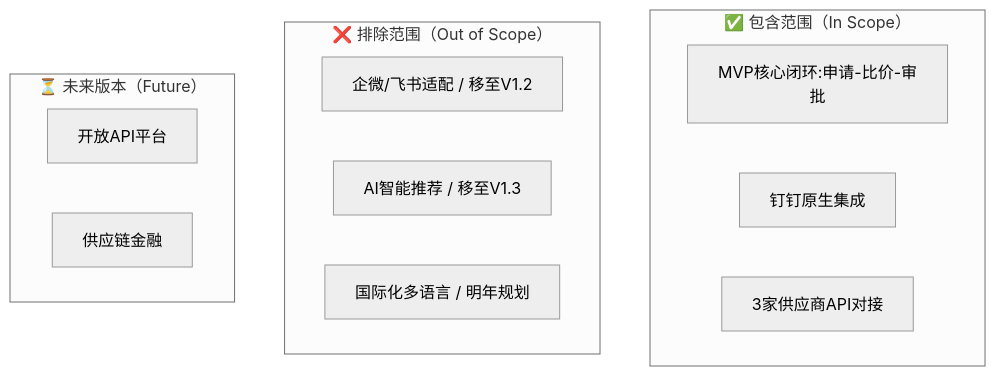
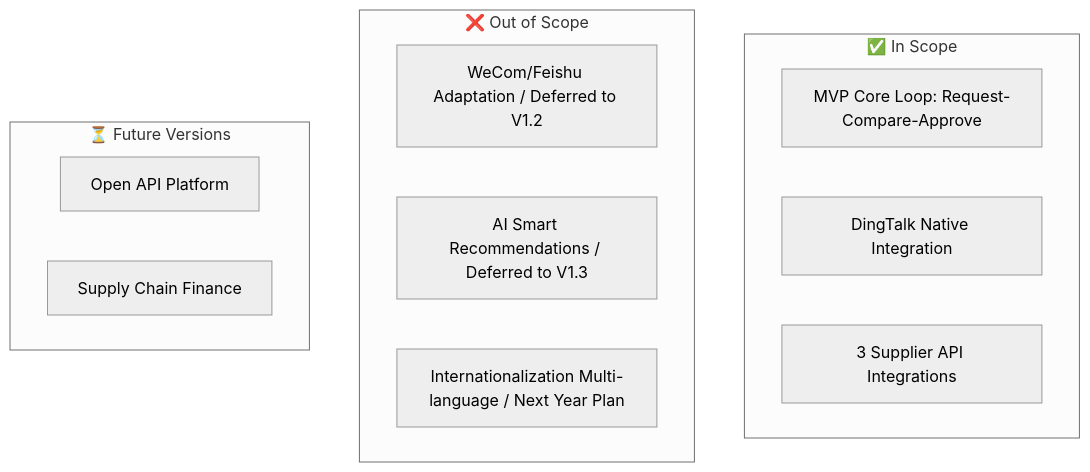
Diagram 14 of 18 in templates/产品/战略层/【模板】市场需求文档.md (Kirky-X/cangjie), drawn with Mermaid (neutral theme) before and after one commit. The commit also changed other lines of this file and 46 other files, not shown here.

````diff
--- a/templates/产品/战略层/【模板】市场需求文档.md
+++ b/templates/产品/战略层/【模板】市场需求文档.md
@@ -596,19 +596,19 @@
 ```mermaid
 graph TB
-    subgraph InScope["✅ 包含范围（In Scope）"]
-        A1[MVP核心闭环:申请-比价-审批]
-        A2[钉钉原生集成]
-        A3[3家供应商API对接]
+    subgraph InScope["✅ In Scope"]
+        A1[MVP Core Loop: Request-Compare-Approve]
+        A2[DingTalk Native Integration]
+        A3[3 Supplier API Integrations]
     end
 
-    subgraph OutScope["❌ 排除范围（Out of Scope）"]
-        B1[企微/飞书适配 / 移至V1.2]
-        B2[AI智能推荐 / 移至V1.3]
-        B3[国际化多语言 / 明年规划]
+    subgraph OutScope["❌ Out of Scope"]
+        B1[WeCom/Feishu Adaptation / Deferred to V1.2]
+        B2[AI Smart Recommendations / Deferred to V1.3]
+        B3[Internationalization Multi-language / Next Year Plan]
     end
 
-    subgraph Future["⏳ 未来版本（Future）"]
-        C1[开放API平台]
-        C2[供应链金融]
+    subgraph Future["⏳ Future Versions"]
+        C1[Open API Platform]
+        C2[Supply Chain Finance]
     end
 ```
````
